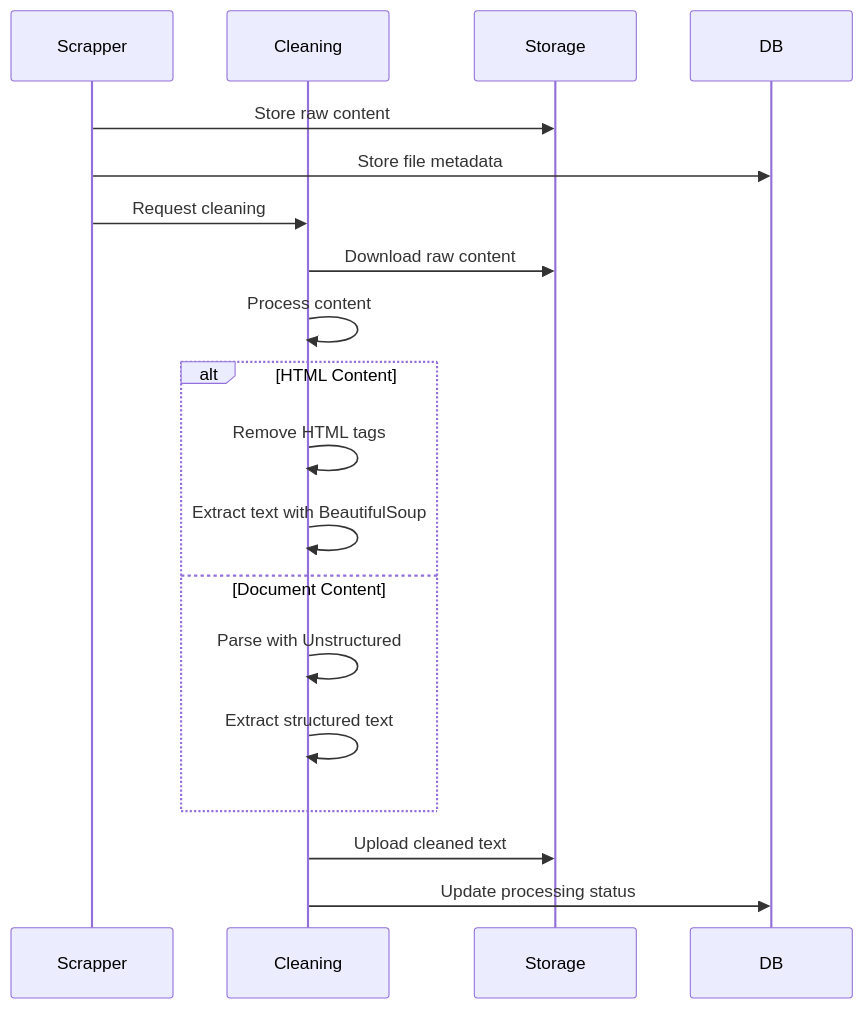
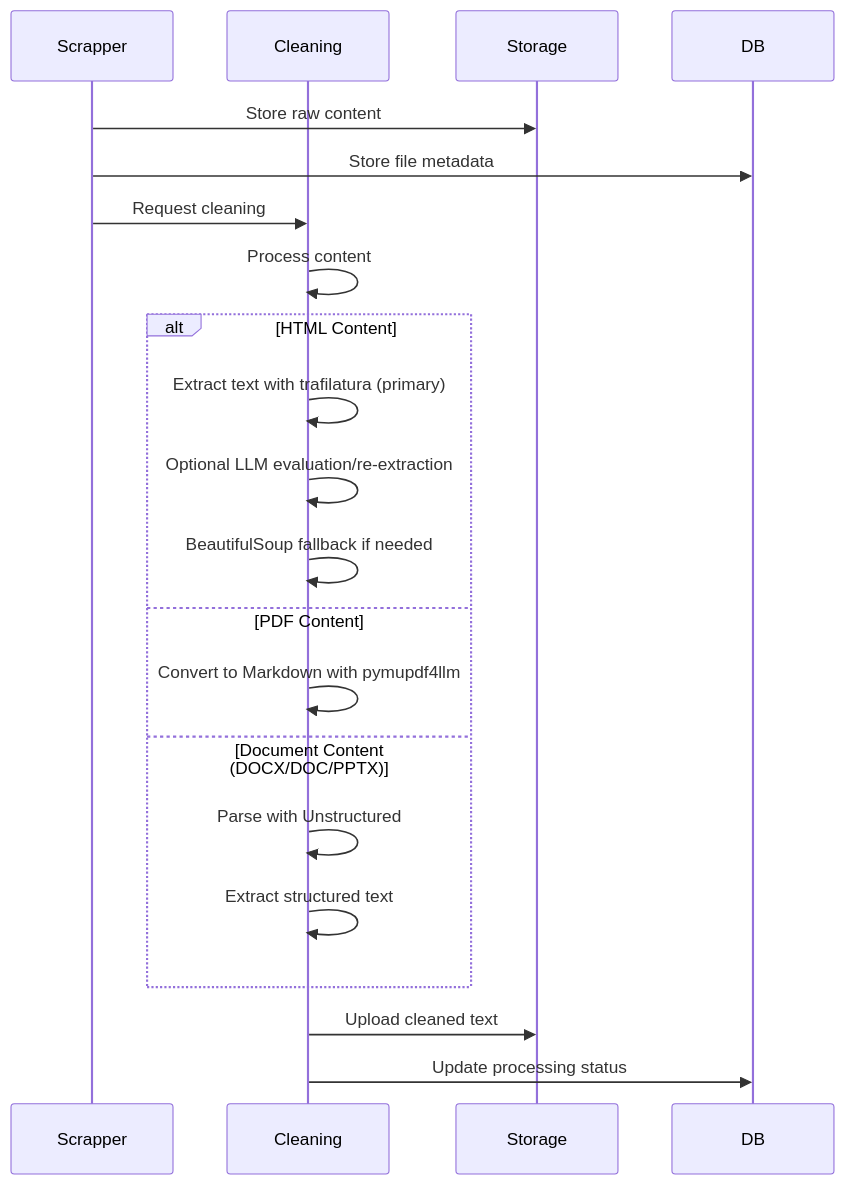
One commit to buerokratt/Common-Knowledge changed the second of 3 diagrams in ETL_PROCESSES.md. Above: the diagram before and after it, drawn with Mermaid. The commit also changed 4 other files, not shown here.

````diff
--- a/ETL_PROCESSES.md
+++ b/ETL_PROCESSES.md
@@ -115,22 +115,24 @@
 ```mermaid
 sequenceDiagram
     participant Scrapper
     participant Cleaning
     participant Storage
     participant DB
     
     Scrapper->>Storage: Store raw content
     Scrapper->>DB: Store file metadata
     Scrapper->>Cleaning: Request cleaning
-    Cleaning->>Storage: Download raw content
     Cleaning->>Cleaning: Process content
     alt HTML Content
-        Cleaning->>Cleaning: Remove HTML tags
-        Cleaning->>Cleaning: Extract text with BeautifulSoup
-    else Document Content
+        Cleaning->>Cleaning: Extract text with trafilatura (primary)
+        Cleaning->>Cleaning: Optional LLM evaluation/re-extraction
+        Cleaning->>Cleaning: BeautifulSoup fallback if needed
+    else PDF Content
+        Cleaning->>Cleaning: Convert to Markdown with pymupdf4llm
+    else Document Content (DOCX/DOC/PPTX)
         Cleaning->>Cleaning: Parse with Unstructured
         Cleaning->>Cleaning: Extract structured text
     end
     Cleaning->>Storage: Upload cleaned text
     Cleaning->>DB: Update processing status
 ```
````
